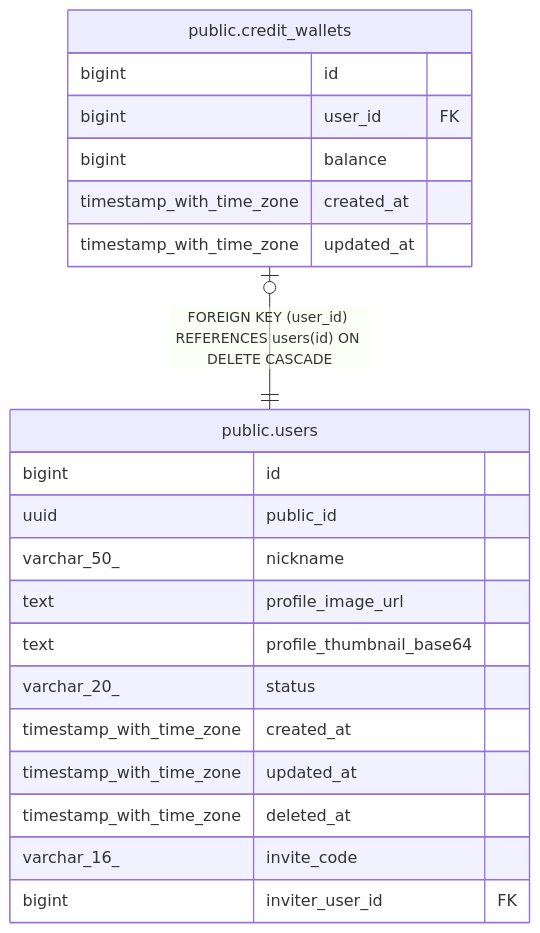
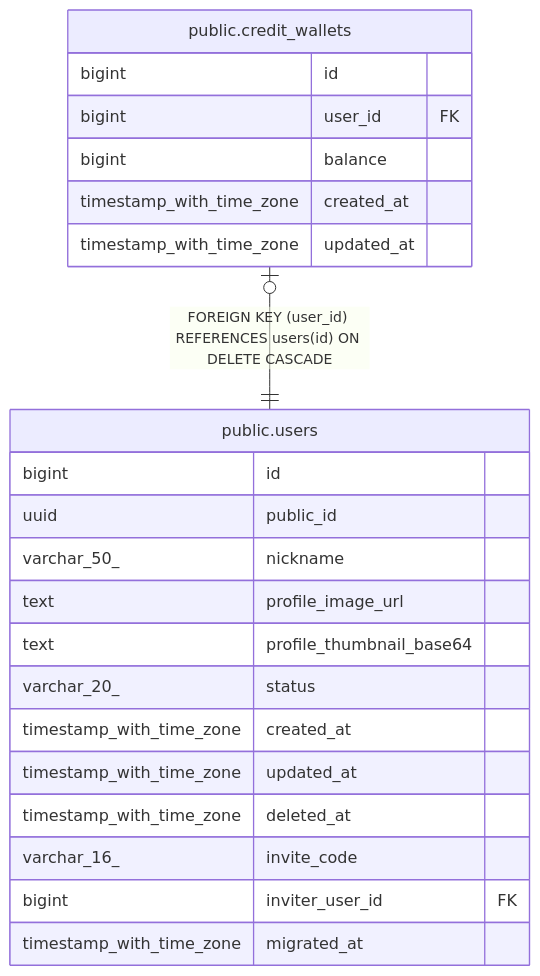
One commit to KIM-N-KANG/manyak-server changed the diagram in dbdoc/public.credit_wallets.md. Above: the diagram before and after it, drawn with Mermaid. The commit also changed 12 other files, not shown here.

````diff
--- a/dbdoc/public.credit_wallets.md
+++ b/dbdoc/public.credit_wallets.md
@@ -31,26 +31,27 @@
 ```mermaid
 erDiagram
 
 "public.credit_wallets" |o--|| "public.users" : "FOREIGN KEY (user_id) REFERENCES users(id) ON DELETE CASCADE"
 
 "public.credit_wallets" {
   bigint id
   bigint user_id FK
   bigint balance
   timestamp_with_time_zone created_at
   timestamp_with_time_zone updated_at
 }
 "public.users" {
   bigint id
   uuid public_id
   varchar_50_ nickname
   text profile_image_url
   text profile_thumbnail_base64
   varchar_20_ status
   timestamp_with_time_zone created_at
   timestamp_with_time_zone updated_at
   timestamp_with_time_zone deleted_at
   varchar_16_ invite_code
   bigint inviter_user_id FK
+  timestamp_with_time_zone migrated_at
 }
 ```
````
